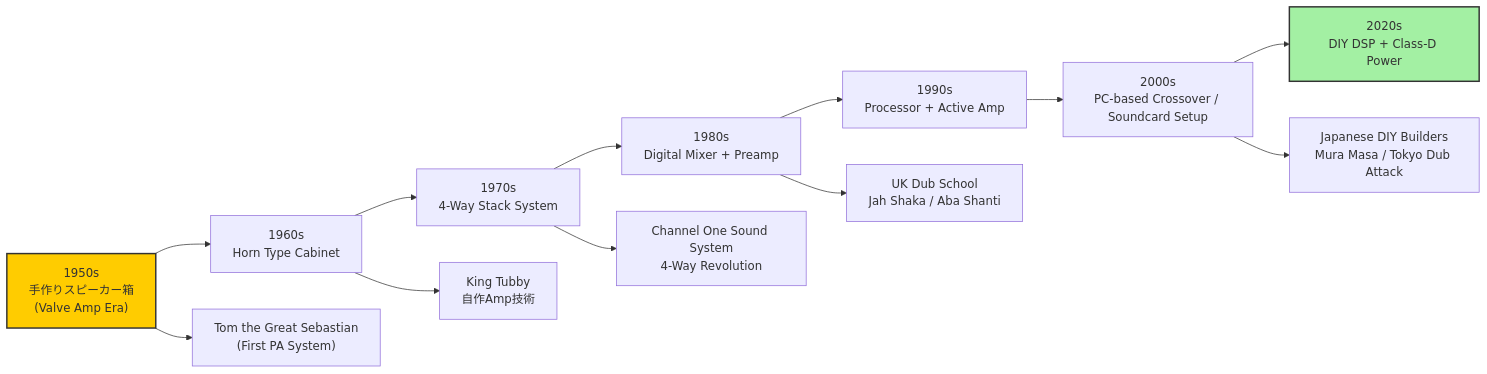
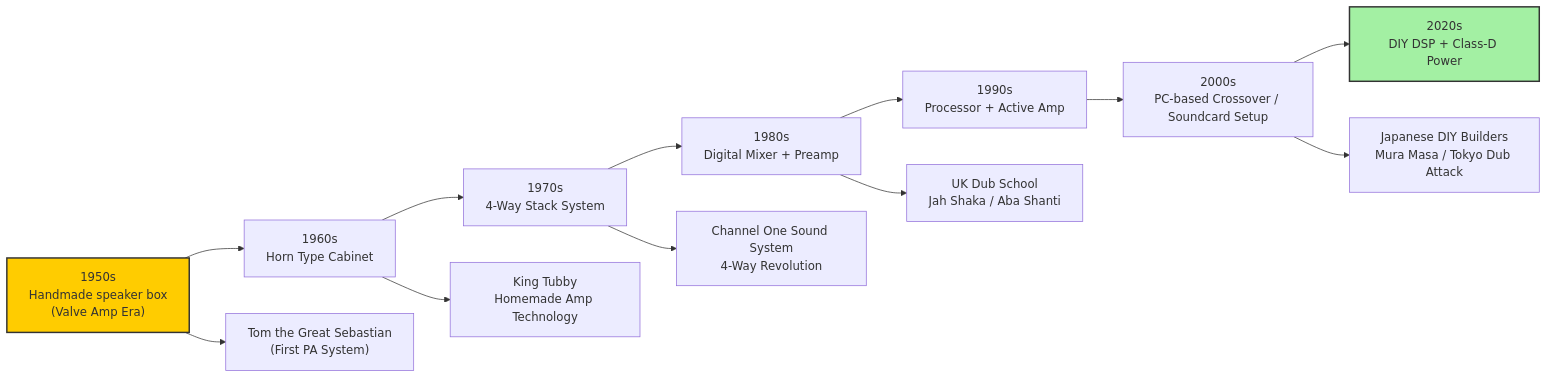
Before and after one commit to monumental-movement/monumental-movement.github.io: the third of 4 diagrams in en/_posts/2025-11-05-column-dancehall.md, drawn with Mermaid. The commit also changed other lines of this file and 801 other files, not shown here.

```diff
--- a/en/_posts/2025-11-05-column-dancehall.md
+++ b/en/_posts/2025-11-05-column-dancehall.md
@@ -265,20 +265,20 @@
 <div class="mermaid">
 
 graph LR
-    A["1950s<br/>手作りスピーカー箱<br/>(Valve Amp Era)"] --> B["1960s<br/>Horn Type Cabinet"]
+    A["1950s<br/>Handmade speaker box<br/>(Valve Amp Era)"] --> B["1960s<br/>Horn Type Cabinet"]
     B --> C["1970s<br/>4-Way Stack System"]
     C --> D["1980s<br/>Digital Mixer + Preamp"]
     D --> E["1990s<br/>Processor + Active Amp"]
     E --> F["2000s<br/>PC-based Crossover / Soundcard Setup"]
     F --> G["2020s<br/>DIY DSP + Class-D Power"]
 
     A --> AA["Tom the Great Sebastian<br/>(First PA System)"]
-    B --> AB["King Tubby<br/>自作Amp技術"]
+    B --> AB["King Tubby<br/>Homemade Amp Technology"]
     C --> AC["Channel One Sound System<br/>4-Way Revolution"]
     D --> AD["UK Dub School<br/>Jah Shaka / Aba Shanti"]
     F --> AE["Japanese DIY Builders<br/>Mura Masa / Tokyo Dub Attack"]
 
     style A fill:#ffcc00,stroke:#333,stroke-width:2px
     style G fill:#a3f0a3,stroke:#333,stroke-width:2px
 
 </div>
```
